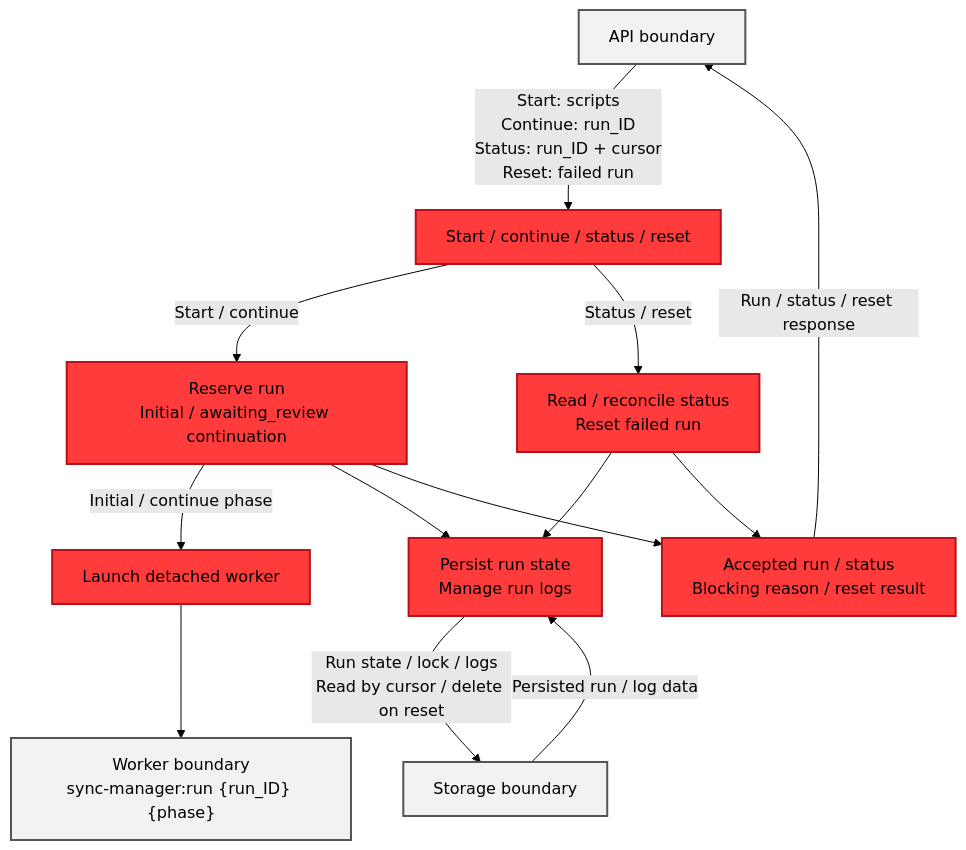
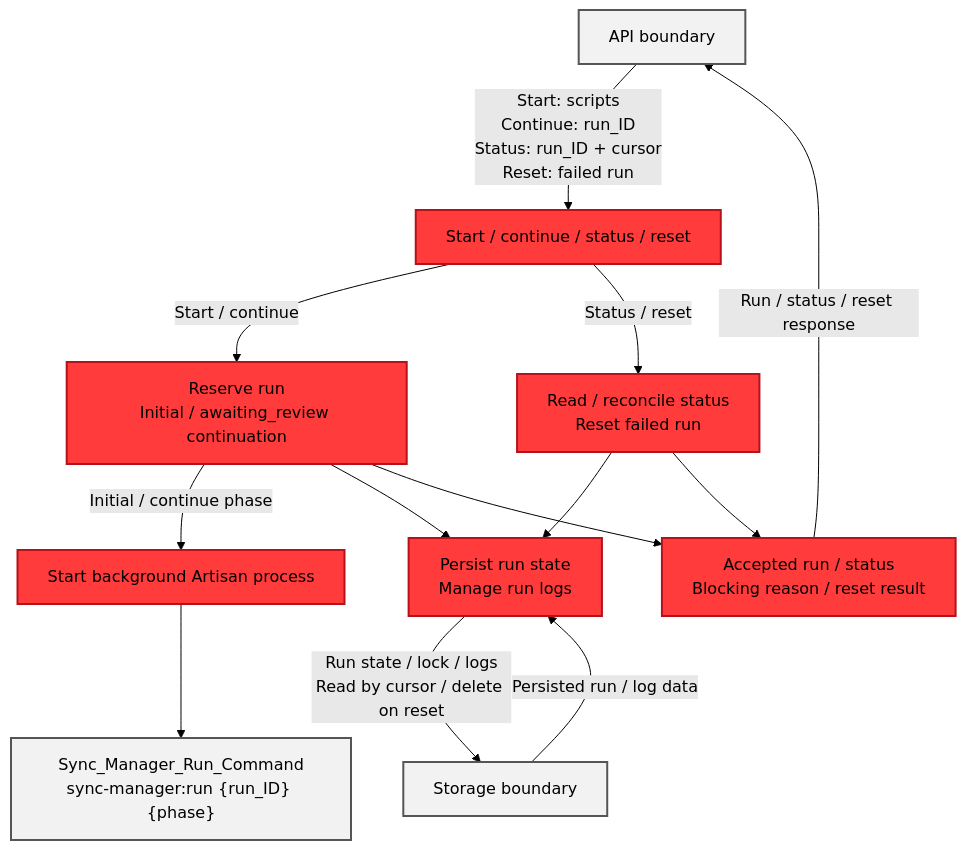
One commit to softwaretotest/learn_frontend changed the fifth of 8 diagrams in docs/LARAVEL_M-BOT/Flow_Sync_Manager.md. Above: the diagram before and after it, drawn with Mermaid (forest theme). The commit also changed other lines of this file and 2 other files, not shown here.

Commit message:
add comment and code example left columnn from  mermaid Syn_Manager

````diff
--- a/docs/LARAVEL_M-BOT/Flow_Sync_Manager.md
+++ b/docs/LARAVEL_M-BOT/Flow_Sync_Manager.md
@@ -142,31 +346,31 @@
 ```mermaid
 %%{init: {"flowchart": {"wrappingWidth": 280}}}%%
 graph TD
 API["API boundary"]
 REQUESTS["Start / continue / status / reset"]
 RESERVE["Reserve run<br/>Initial / awaiting_review continuation"]
-LAUNCH["Launch detached worker"]
-WORKER["Worker boundary<br/>sync-manager:run {run_ID} {phase}"]
+LAUNCH["Start background Artisan process"]
+COMMAND["Sync_Manager_Run_Command<br/>sync-manager:run {run_ID} {phase}"]
 STATUS_RESET["Read / reconcile status<br/>Reset failed run"]
 API_RESULT["Accepted run / status<br/>Blocking reason / reset result"]
 PERSIST["Persist run state<br/>Manage run logs"]
 STORAGE["Storage boundary"]
 
 API -->|"Start: scripts<br/>Continue: run_ID<br/>Status: run_ID + cursor<br/>Reset: failed run"| REQUESTS
 REQUESTS -->|"Start / continue"| RESERVE
 REQUESTS -->|"Status / reset"| STATUS_RESET
 RESERVE -->|"Initial / continue phase"| LAUNCH
-LAUNCH --> WORKER
+LAUNCH --> COMMAND
 RESERVE --> PERSIST
 STATUS_RESET --> PERSIST
 PERSIST -->|"Run state / lock / logs<br/>Read by cursor / delete on reset"| STORAGE
 STORAGE -->|"Persisted run / log data"| PERSIST
 RESERVE --> API_RESULT
 STATUS_RESET --> API_RESULT
 API_RESULT -->|"Run / status / reset response"| API
 
 classDef red fill:#FF3B3B,stroke:#B5121B,stroke-width:2px,color:#000;
 classDef boundary fill:#F2F2F2,stroke:#555,stroke-width:2px,color:#000;
 class REQUESTS,RESERVE,LAUNCH,STATUS_RESET,API_RESULT,PERSIST red;
-class API,WORKER,STORAGE boundary;
+class API,COMMAND,STORAGE boundary;
 ```
````
